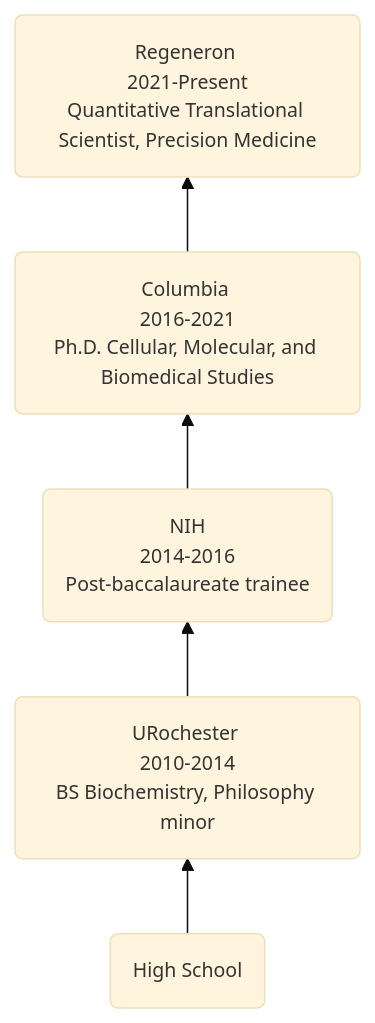
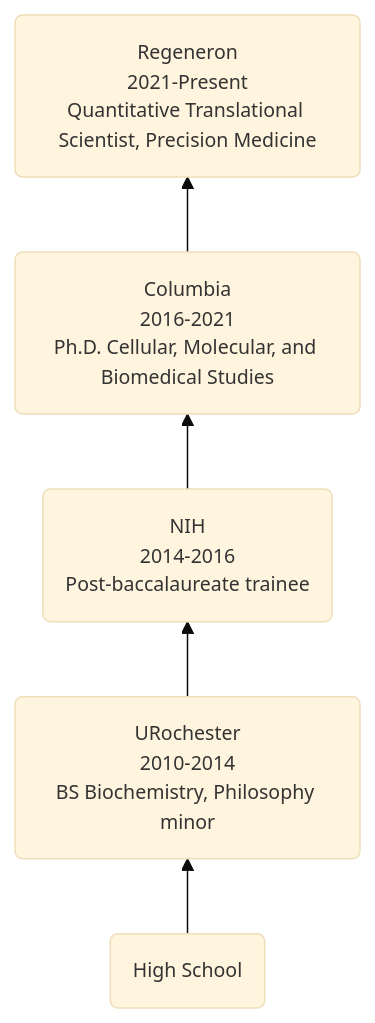
Before and after one commit to ngiangre/ngiangre.github.io: the diagram in content/about/index.qmd, drawn with Mermaid. The commit also changed 3 other files, not shown here.

Commit message:
updated flow chart

````diff
--- a/content/about/index.qmd
+++ b/content/about/index.qmd
@@ -39,13 +39,13 @@
 ```{mermaid .mermaid}
 %%| label: fig-mermaid-flowchart
 %%| fig-cap: Education and experience timeline
 
 %%{init: {'theme': 'base', 'sequence':{'useMaxWidth': false}, 'themeVariables': { 'fontSize': '13px', 'fontFamily': 'Inter', 'wrap': true}}}%%
 
 flowchart BT
-  HS( High School ) --> College( URochester <br>2010-2014<br>BS Biochemistry, Philosophy minor)
-  College --> Postbac( NIH <br>2014-2016<br>Post-baccalaureate trainee)
-  Postbac --> Phd( Columbia <br>2016-2021<br>Ph.D. Cellular, Molecular, and Biomedical Studies)
-  Phd -->  Job( Regeneron <br>2021-Present<br>Quantitative Translational Scientist, Precision Medicine)
+  HS(High School)-->College(URochester<br>2010-2014<br>BS Biochemistry, Philosophy minor)
+  College-->Postbac(NIH<br>2014-2016<br>Post-baccalaureate trainee)
+  Postbac-->PhD(Columbia<br>2016-2021<br>Ph.D. Cellular, Molecular, and Biomedical Studies)
+  PhD -->Job(Regeneron<br>2021-Present<br>Quantitative Translational Scientist, Precision Medicine)
   
 ```
````
